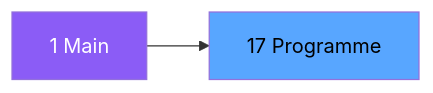
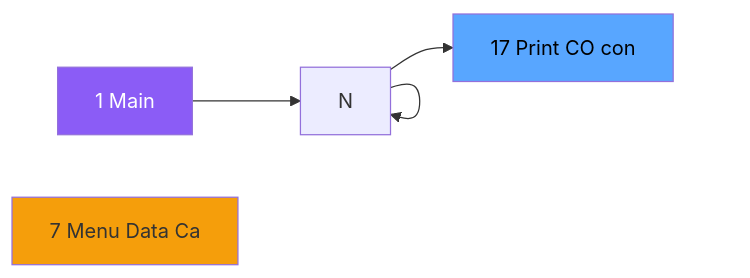
Before and after one commit to thonyAGP/magic-migration: the second of 3 diagrams in .openspec/specs/ADH-IDE-17.md, drawn with Mermaid. The commit also changed other lines of this file and 323 other files, not shown here.

````diff
--- a/.openspec/specs/ADH-IDE-17.md
+++ b/.openspec/specs/ADH-IDE-17.md
@@ -100,8 +109,13 @@
 ```mermaid
 graph LR
     M[1 Main]
-    T[17 Programme]
-    M --> T
+    N7[7 Menu Data Ca]
+    T[17 Print CO con]
+    M --> N
+    N --> N
+    N --> N
+    N --> T
     style M fill:#8b5cf6,color:#fff
+    style N7 fill:#f59e0b
     style T fill:#58a6ff,color:#000
 ```
````
